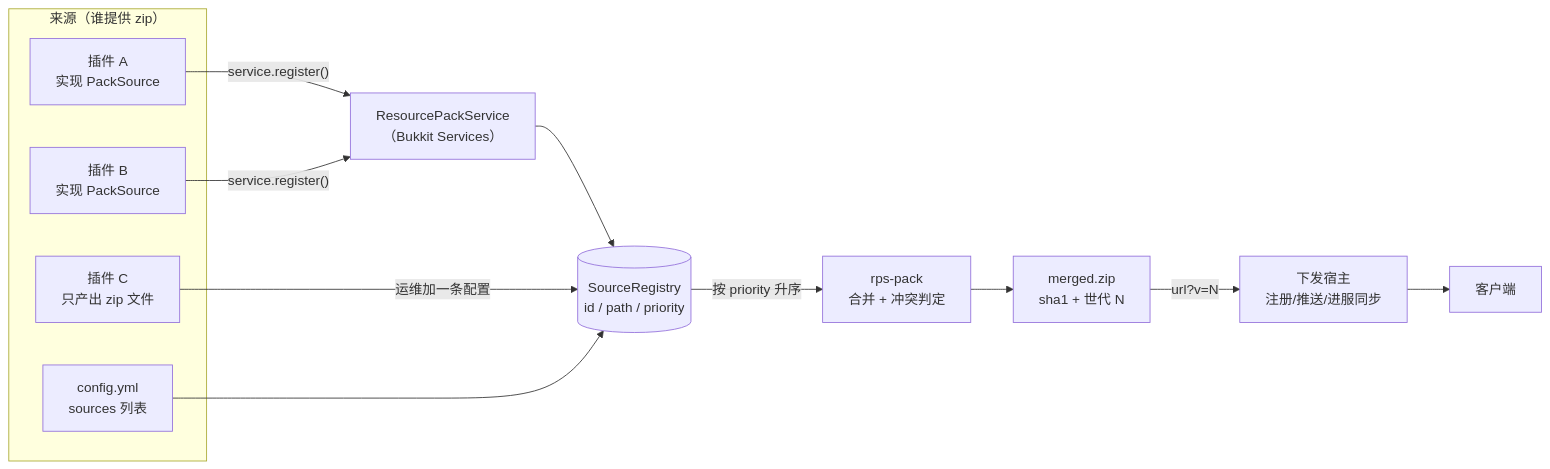
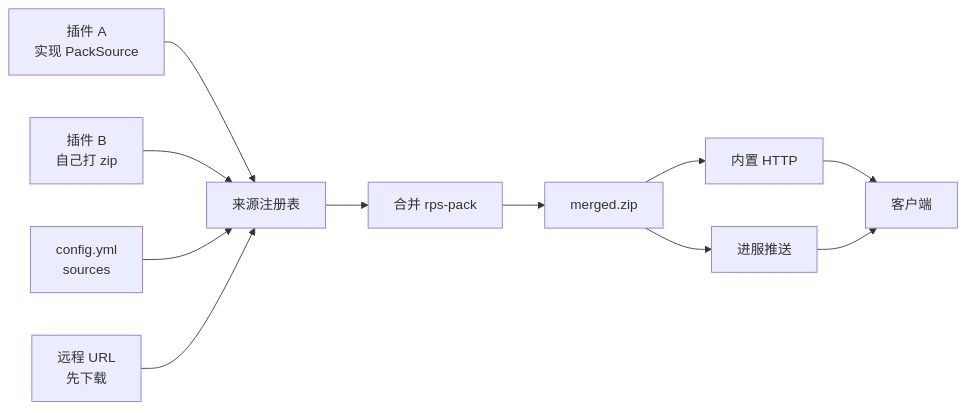
Before and after one commit to NekoMC-Official/Resource-Pack-Service: the diagram in docs/integration.md, drawn with Mermaid. The commit also changed other lines of this file and 58 other files, not shown here.

````diff
--- a/docs/integration.md
+++ b/docs/integration.md
@@ -8,20 +10,13 @@
 ```mermaid
 flowchart LR
-    subgraph 来源["来源（谁提供 zip）"]
-        A1["插件 A<br/>实现 PackSource"]
-        A2["插件 B<br/>实现 PackSource"]
-        A3["插件 C<br/>只产出 zip 文件"]
-        A4["config.yml<br/>sources 列表"]
-    end
-
-    A1 -- "service.register()" --> S["ResourcePackService<br/>（Bukkit Services）"]
-    A2 -- "service.register()" --> S
-    S --> R[("SourceRegistry<br/>id / path / priority")]
-    A3 -- "运维加一条配置" --> R
-    A4 --> R
-
-    R -- "按 priority 升序" --> M["rps-pack<br/>合并 + 冲突判定"]
-    M --> Z["merged.zip<br/>sha1 + 世代 N"]
-    Z -- "url?v=N" --> H["下发宿主<br/>注册/推送/进服同步"]
-    H --> C["客户端"]
+    P1[插件 A<br/>实现 PackSource] --> R[来源注册表]
+    P2[插件 B<br/>自己打 zip] --> R
+    P3[config.yml<br/>sources] --> R
+    P4[远程 URL<br/>先下载] --> R
+    R --> M[合并 rps-pack]
+    M --> Z[merged.zip]
+    Z --> H[内置 HTTP]
+    Z --> S[进服推送]
+    H --> C[客户端]
+    S --> C
 ```
````
